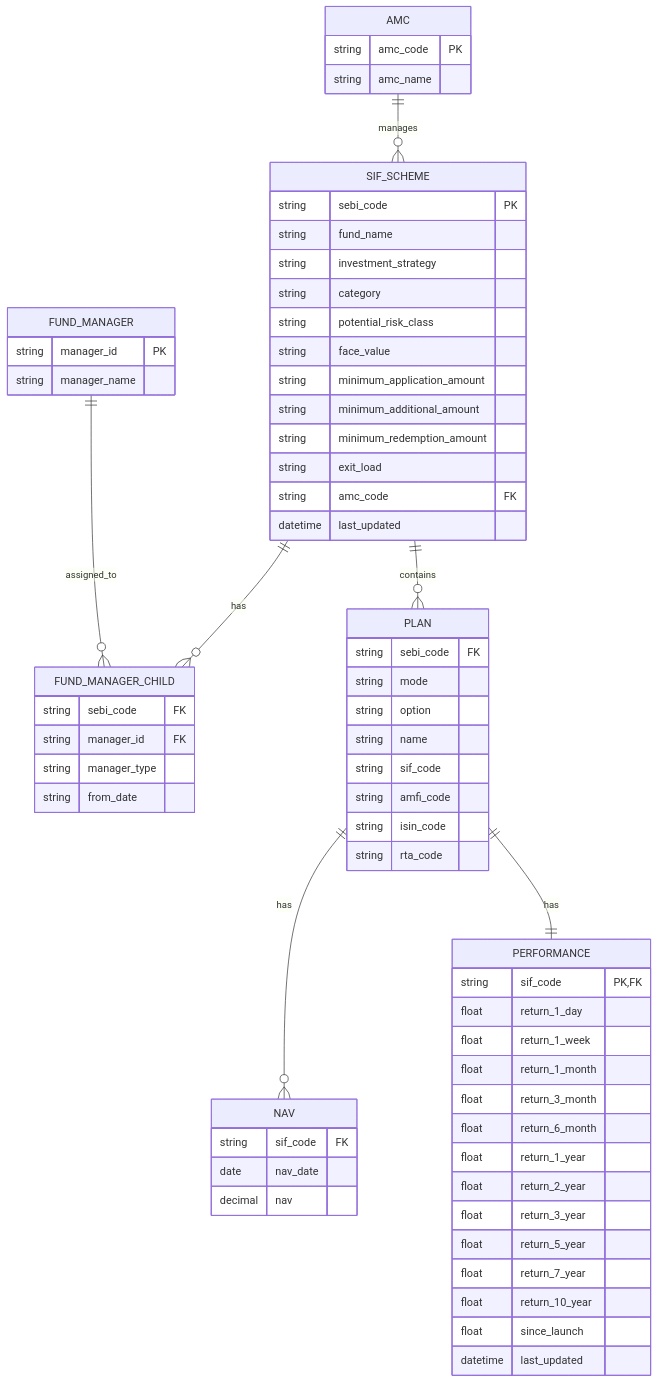
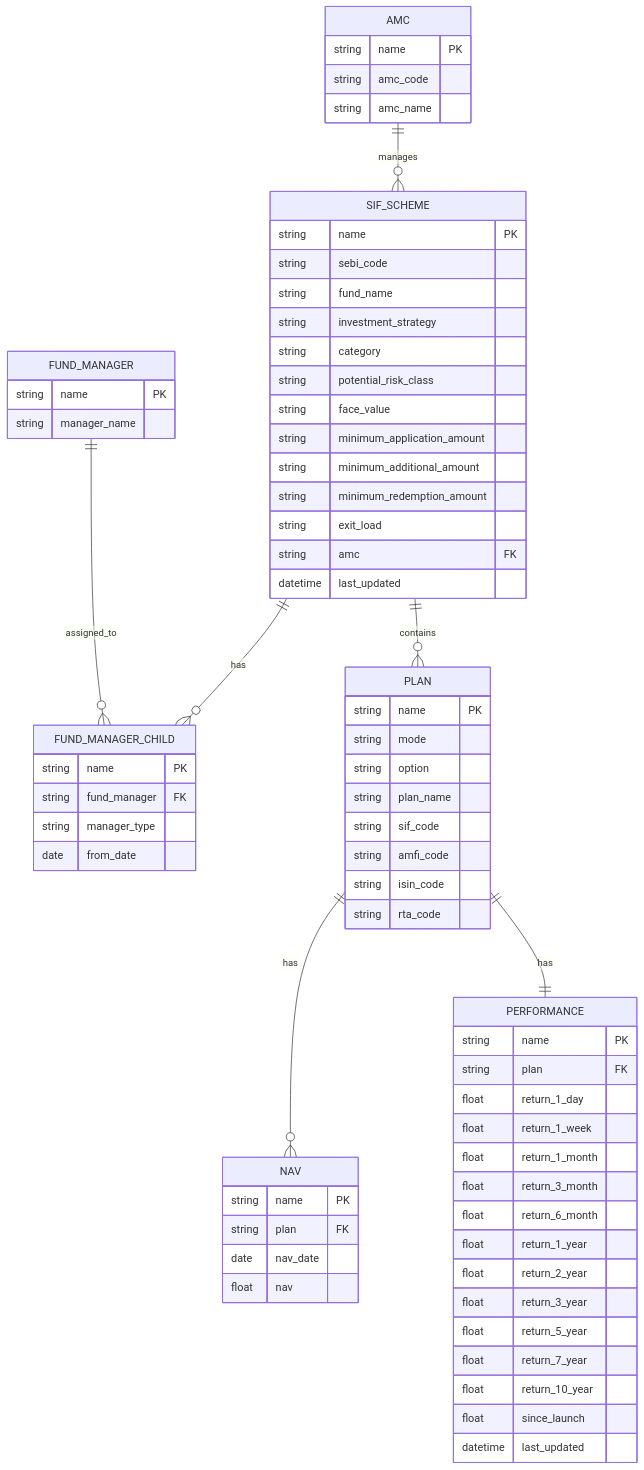
Before and after one commit to Satyam4755/My_SIF: the diagram in sif_app/DOCTYPE architecture ER diagram.md, drawn with Mermaid.

Commit message:
docs: add initial SIF doctype architecture ER diagram 2.1

````diff
--- a/sif_app/DOCTYPE architecture ER diagram.md
+++ b/sif_app/DOCTYPE architecture ER diagram.md
@@ -13,51 +14,44 @@
 
 
     AMC {
-        string amc_code PK
+        string name PK
+        string amc_code
         string amc_name
     }
 
     FUND_MANAGER {
-        string manager_id PK
+        string name PK
         string manager_name
     }
 
     FUND_MANAGER_CHILD {
-        string sebi_code FK
-        string manager_id FK
-
+        string name PK
+        string fund_manager FK
         string manager_type
-        string from_date
+        date from_date
     }
 
     SIF_SCHEME {
-        string sebi_code PK
-
+        string name PK
+        string sebi_code
         string fund_name
         string investment_strategy
         string category
         string potential_risk_class
-
         string face_value
-
         string minimum_application_amount
         string minimum_additional_amount
         string minimum_redemption_amount
-
         string exit_load
-
-        string amc_code FK
-
+        string amc FK
         datetime last_updated
     }
 
     PLAN {
-        string sebi_code FK
-
+        string name PK
         string mode
         string option
-        string name
-
+        string plan_name
         string sif_code
         string amfi_code
         string isin_code
@@ -65,15 +59,15 @@
     }
 
     NAV {
-        string sif_code FK
-
+        string name PK
+        string plan FK
         date nav_date
-        decimal nav
+        float nav
     }
 
     PERFORMANCE {
-        string sif_code PK,FK
-
+        string name PK
+        string plan FK
         float return_1_day
         float return_1_week
         float return_1_month
@@ -86,7 +80,6 @@
         float return_7_year
         float return_10_year
         float since_launch
-
         datetime last_updated
     }
 ```
````
